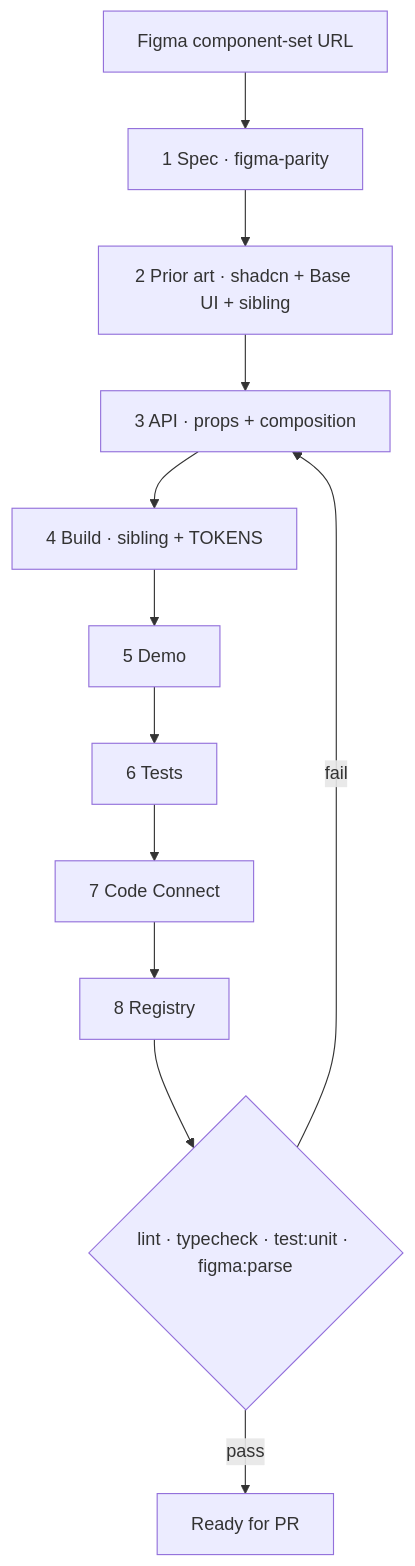
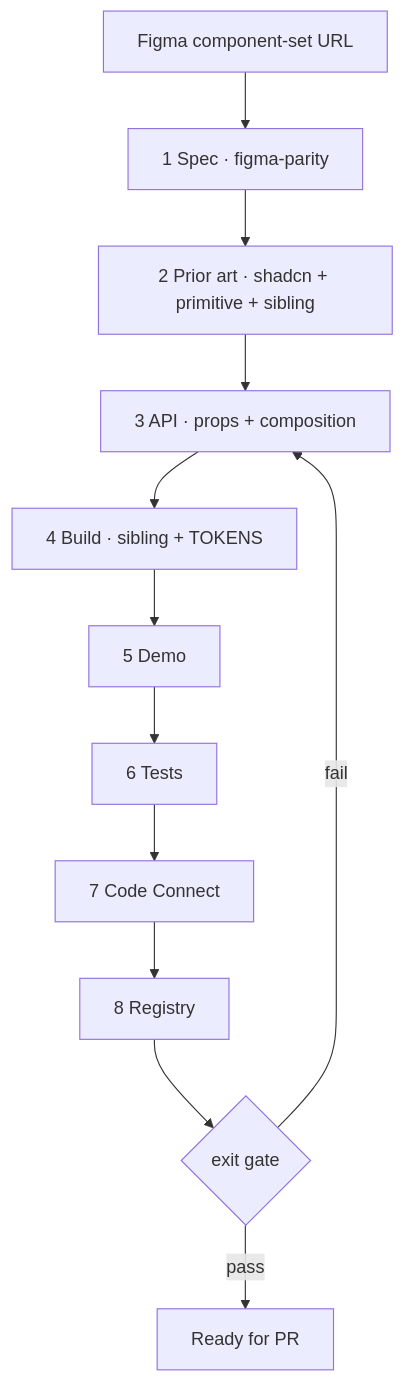
Before and after one commit to mckinsey/quantumblack-design-system: the diagram in .agents/skills/create-component/SKILL.md, drawn with Mermaid. The commit also changed other lines of this file and 9 other files, not shown here.

````diff
--- a/.agents/skills/create-component/SKILL.md
+++ b/.agents/skills/create-component/SKILL.md
@@ -14,14 +14,14 @@
 ```mermaid
 flowchart TD
     A[Figma component-set URL] --> B[1 Spec · figma-parity]
-    B --> C[2 Prior art · shadcn + Base UI + sibling]
+    B --> C[2 Prior art · shadcn + primitive + sibling]
     C --> D[3 API · props + composition]
     D --> E[4 Build · sibling + TOKENS]
     E --> F[5 Demo]
     F --> G[6 Tests]
     G --> H[7 Code Connect]
     H --> I[8 Registry]
-    I --> J{lint · typecheck · test:unit · figma:parse}
+    I --> J{exit gate}
     J -- fail --> D
     J -- pass --> K[Ready for PR]
 ```
````
